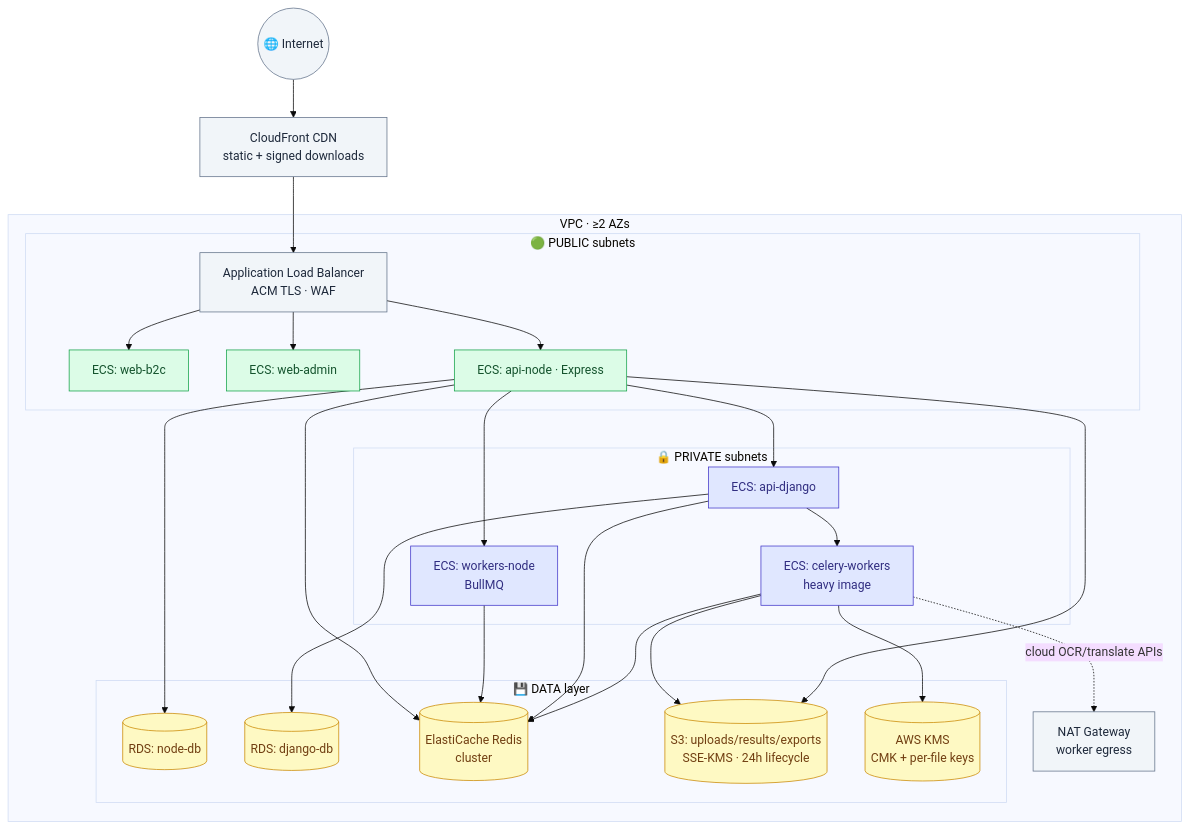
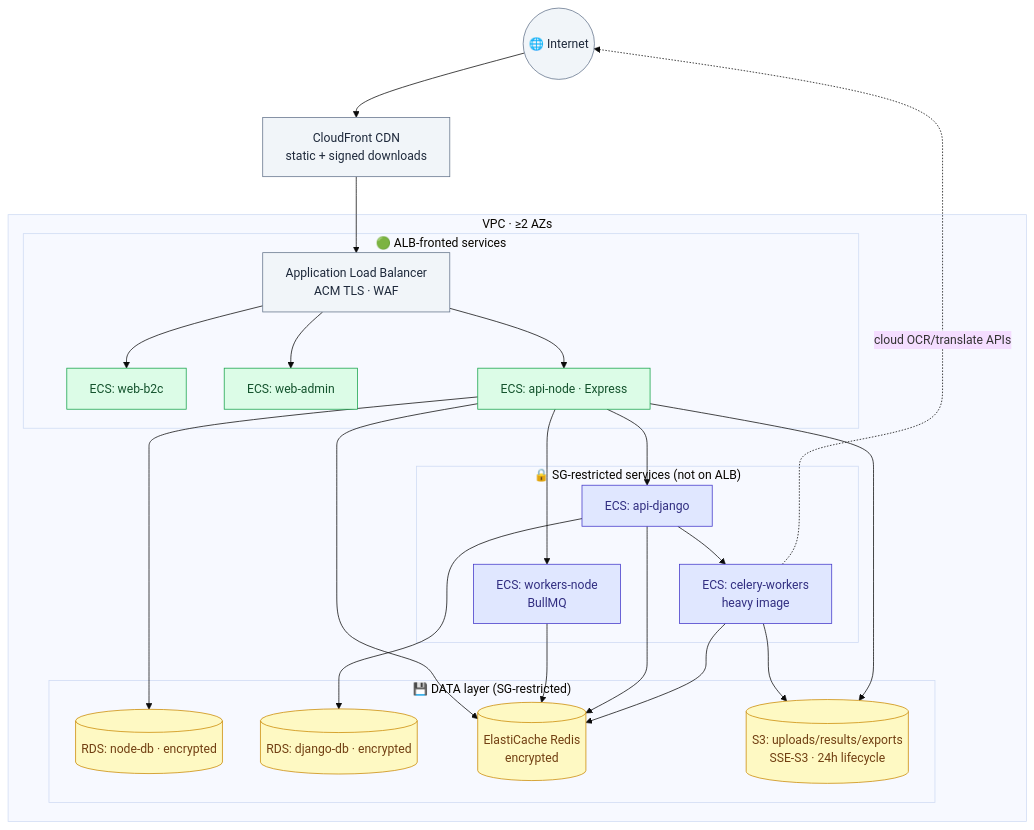
The seventh of 11 diagrams in architecture_diagrams.md (Mrutunjay50/DOCS), drawn with Mermaid (base theme) before and after one commit. The commit also changed other lines of this file, not shown here.

````diff
--- a/architecture_diagrams.md
+++ b/architecture_diagrams.md
@@ -351,44 +348,41 @@
 ```mermaid
 flowchart TB
     NET((🌐 Internet)) --> CF[CloudFront CDN<br/>static + signed downloads]
     CF --> ALB[Application Load Balancer<br/>ACM TLS · WAF]
 
     subgraph VPC["VPC · ≥2 AZs"]
-        subgraph PUBSUB["🟢 PUBLIC subnets"]
+        subgraph EDGE["🟢 ALB-fronted services"]
             ALB --> f1[ECS: web-b2c]
             ALB --> f2[ECS: web-admin]
             ALB --> f3[ECS: api-node · Express]
         end
-        subgraph PRIVSUB["🔒 PRIVATE subnets"]
+        subgraph INT["🔒 SG-restricted services (not on ALB)"]
             f3 --> w1[ECS: workers-node<br/>BullMQ]
             f3 --> w2[ECS: api-django]
             w2 --> w3[ECS: celery-workers<br/>heavy image]
         end
-        subgraph DATA["💾 DATA layer"]
-            rds1[(RDS: node-db)]
-            rds2[(RDS: django-db)]
-            ec[(ElastiCache Redis<br/>cluster)]
-            s3[(S3: uploads/results/exports<br/>SSE-KMS · 24h lifecycle)]
-            kms[(AWS KMS<br/>CMK + per-file keys)]
+        subgraph DATA["💾 DATA layer (SG-restricted)"]
+            rds1[(RDS: node-db · encrypted)]
+            rds2[(RDS: django-db · encrypted)]
+            ec[(ElastiCache Redis<br/>encrypted)]
+            s3[(S3: uploads/results/exports<br/>SSE-S3 · 24h lifecycle)]
         end
-        NAT[NAT Gateway<br/>worker egress]
     end
 
     f3 --> rds1
     f3 --> ec
     w2 --> rds2
     w1 & w2 & w3 --> ec
     w3 --> s3
-    w3 --> kms
     f3 --> s3
-    w3 -. "cloud OCR/translate APIs" .-> NAT
+    w3 -. "cloud OCR/translate APIs" .-> NET
 
     classDef pub fill:#DCFCE7,stroke:#16A34A,color:#14532D;
     classDef priv fill:#E0E7FF,stroke:#4338CA,color:#312E81;
     classDef data fill:#FEF9C3,stroke:#CA8A04,color:#713F12;
     classDef edge fill:#F1F5F9,stroke:#64748B,color:#1E293B;
     class f1,f2,f3 pub;
     class w1,w2,w3 priv;
-    class rds1,rds2,ec,s3,kms data;
-    class CF,ALB,NAT,NET edge;
+    class rds1,rds2,ec,s3 data;
+    class CF,ALB,NET edge;
 ```
````
